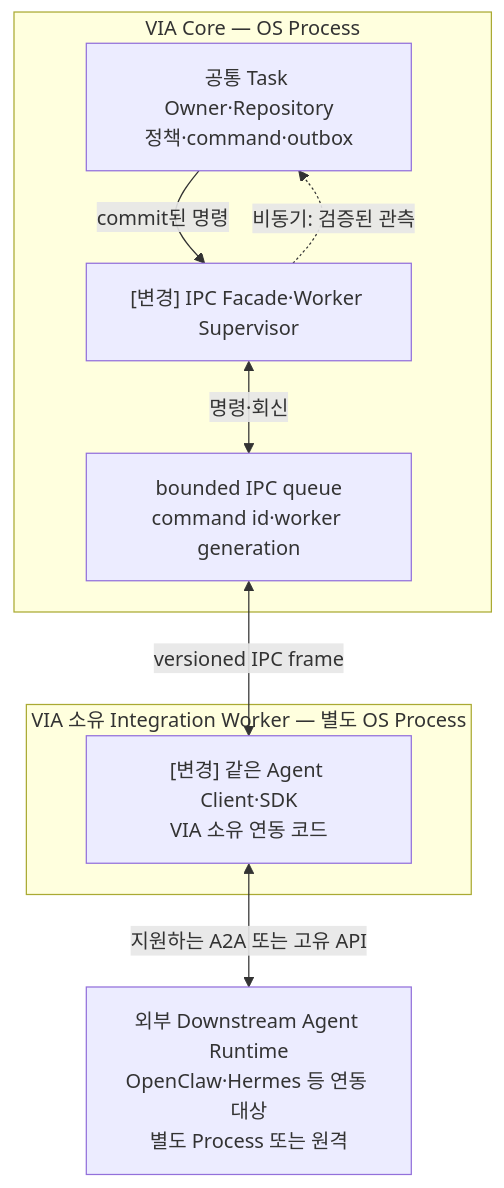
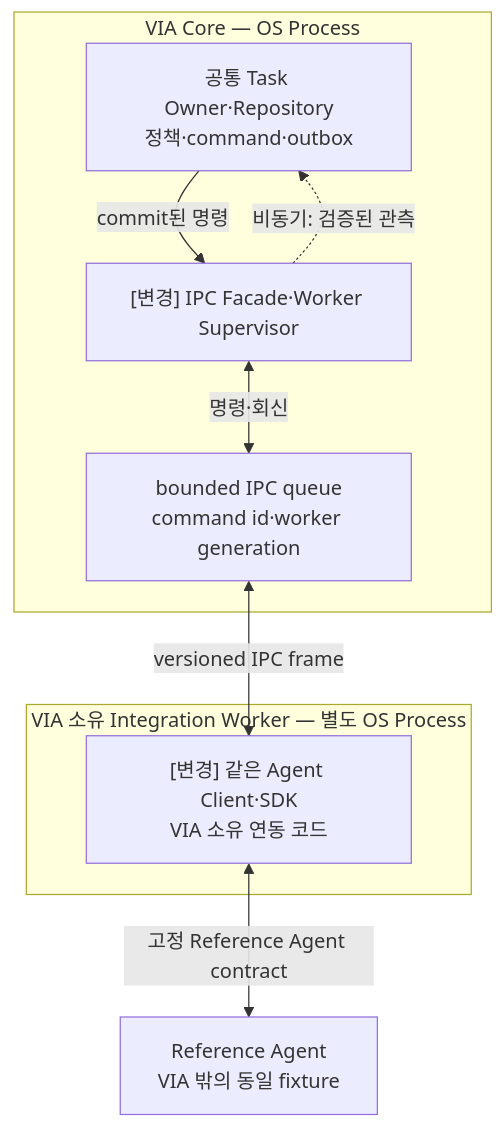
Before and after one commit to cbyche/via-sw-architecture: the seventh of 8 diagrams in docs/architecture/12-decisions/dp-executive-summary.md, drawn with Mermaid. The commit also changed other lines of this file and 288 other files, not shown here.

Commit message:
feat: add fail-closed architecture evaluation campaigns

````diff
--- a/docs/architecture/12-decisions/dp-executive-summary.md
+++ b/docs/architecture/12-decisions/dp-executive-summary.md
@@ -235,13 +235,13 @@
 ```mermaid
 flowchart TB
  subgraph V["VIA Core — OS Process"]
  T["공통 Task Owner·Repository<br/>정책·command·outbox"] -->|"commit된 명령"| F["[변경] IPC Facade·Worker Supervisor"]
  F <-->|"명령·회신"| Q["bounded IPC queue<br/>command id·worker generation"]
  F -.->|"비동기: 검증된 관측"| T
  end
  subgraph W["VIA 소유 Integration Worker — 별도 OS Process"]
  I["[변경] 같은 Agent Client·SDK<br/>VIA 소유 연동 코드"]
  end
  Q <-->|"versioned IPC frame"| I
- I <-->|"지원하는 A2A 또는 고유 API"| A["외부 Downstream Agent Runtime<br/>OpenClaw·Hermes 등 연동 대상<br/>별도 Process 또는 원격"]
+ I <-->|"고정 Reference Agent contract"| A["Reference Agent<br/>VIA 밖의 동일 fixture"]
 ```
````
